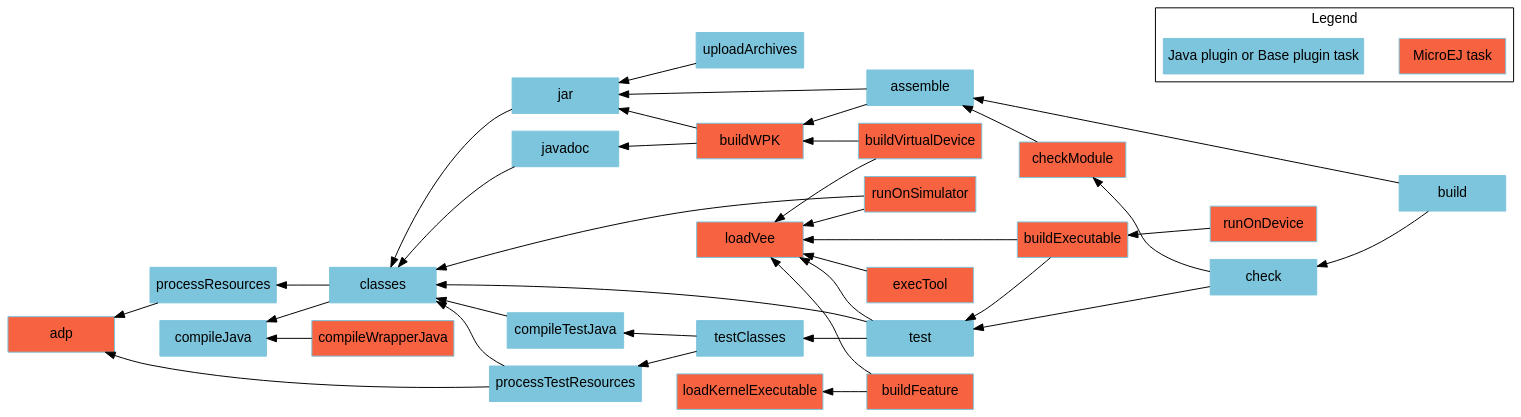
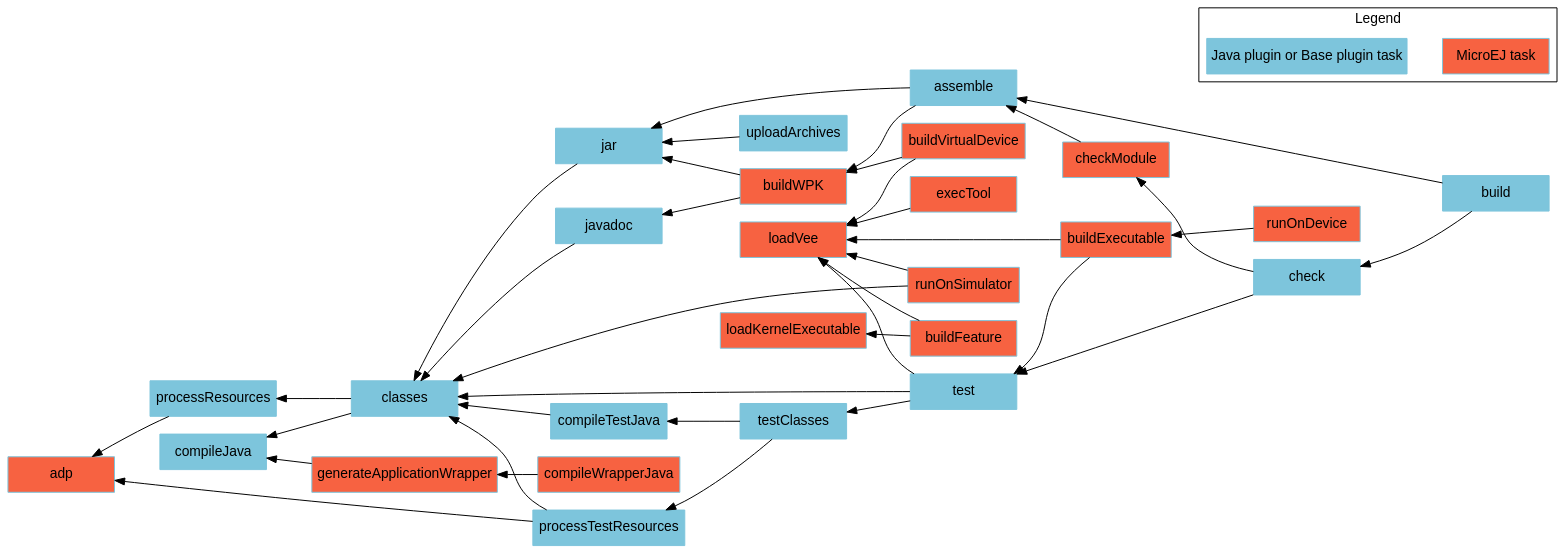
One commit to MicroEJ/docs changed the diagram in SDK6UserGuide/graphApplicationModule.dot. Above: the diagram before and after it, drawn with Graphviz. The commit also changed 1 other file, not shown here.

Commit message:
document generateApplicationWrapper task

```diff
--- a/SDK6UserGuide/graphApplicationModule.dot
+++ b/SDK6UserGuide/graphApplicationModule.dot
@@ -1,67 +1,69 @@
 digraph mygraph {
     rankdir="RL";
     bgcolor="transparent"
     fontname="Helvetica,Arial,sans-serif"
     node [
         shape = box
         width = 1.5
         color = "#7dc5dc"
         style = filled
         fontname="Helvetica,Arial,sans-serif"
     ]
     edge [fontname="Helvetica,Arial,sans-serif"]
     "adp" [fillcolor = "#f76241"]
     "checkModule" [fillcolor = "#f76241"]
     "loadKernelExecutable" [fillcolor = "#f76241"]
     "loadVee" [fillcolor = "#f76241"]
     "runOnSimulator" [fillcolor = "#f76241"]
     "buildWPK" [fillcolor = "#f76241"]
     "buildExecutable" [fillcolor = "#f76241"]
     "buildVirtualDevice" [fillcolor = "#f76241"]
     "buildFeature" [fillcolor = "#f76241"]
     "runOnDevice" [fillcolor = "#f76241"]
     "execTool" [fillcolor = "#f76241"]
+    "generateApplicationWrapper" [fillcolor = "#f76241"]
     "compileWrapperJava" [fillcolor = "#f76241"]
     "build" -> "check"
     "check" -> "test"
     "test" -> "classes"
     "test" -> "testClasses"
     "test" -> "loadVee"
     "testClasses" -> "compileTestJava"
     "testClasses" -> "processTestResources"
     "processResources" -> "adp"
     "processTestResources" -> "adp"
     "processTestResources" -> "classes"
     "compileTestJava" -> "classes"
     "javadoc" -> "classes"
     "classes" -> "compileJava"
     "classes" -> "processResources"
     "build" -> "assemble"
     "assemble" -> "jar"
     "assemble" -> "buildWPK"
     "uploadArchives" -> "jar"
     "jar" -> "classes"
     "runOnSimulator" -> "classes"
     "runOnSimulator" -> "loadVee"
     "checkModule" -> "assemble"
     "check" -> "checkModule"
     "buildWPK" -> "jar"
     "buildWPK" -> "javadoc"
     "buildExecutable" -> "test"
     "buildExecutable" -> "loadVee"
     "buildVirtualDevice" -> "loadVee"
     "buildVirtualDevice" -> "buildWPK"
     "buildFeature" -> "loadVee"
     "buildFeature" -> "loadKernelExecutable"
     "runOnDevice" -> "buildExecutable"
     "execTool" -> "loadVee"
-    "compileWrapperJava" -> "compileJava"
+    "generateApplicationWrapper" -> "compileJava"
+    "compileWrapperJava" -> "generateApplicationWrapper"
     
     subgraph cluster_legend {
         label="Legend";
         microej [fillcolor="#f76241" label="MicroEJ task"];
         java [fillcolor="#7dc5dc" label="Java plugin or Base plugin task"];
         microej -> java [style=invis];
         java -> microej [style=invis];
     }
 }
```
